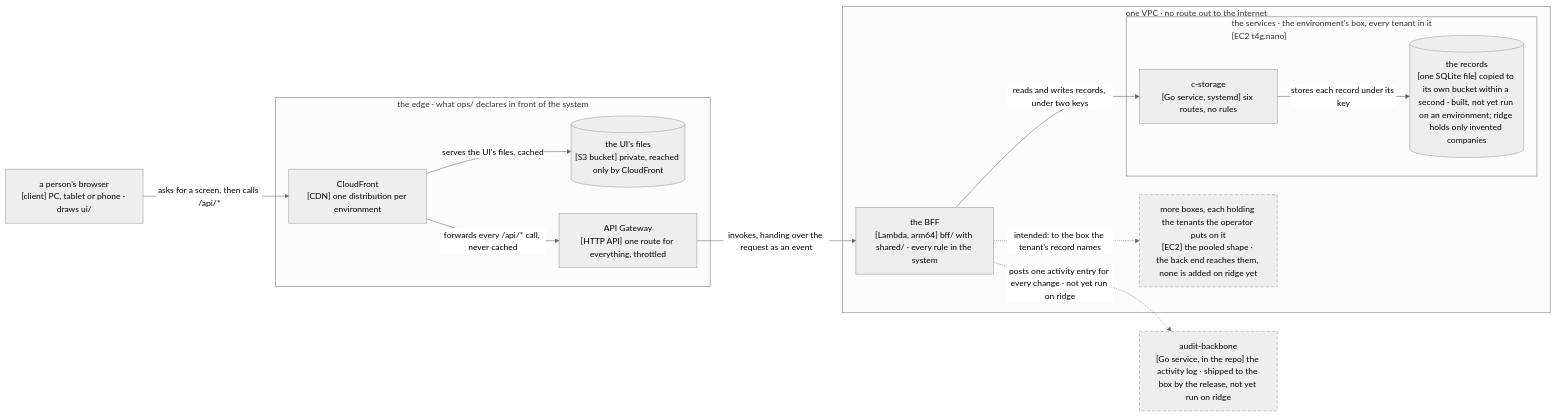
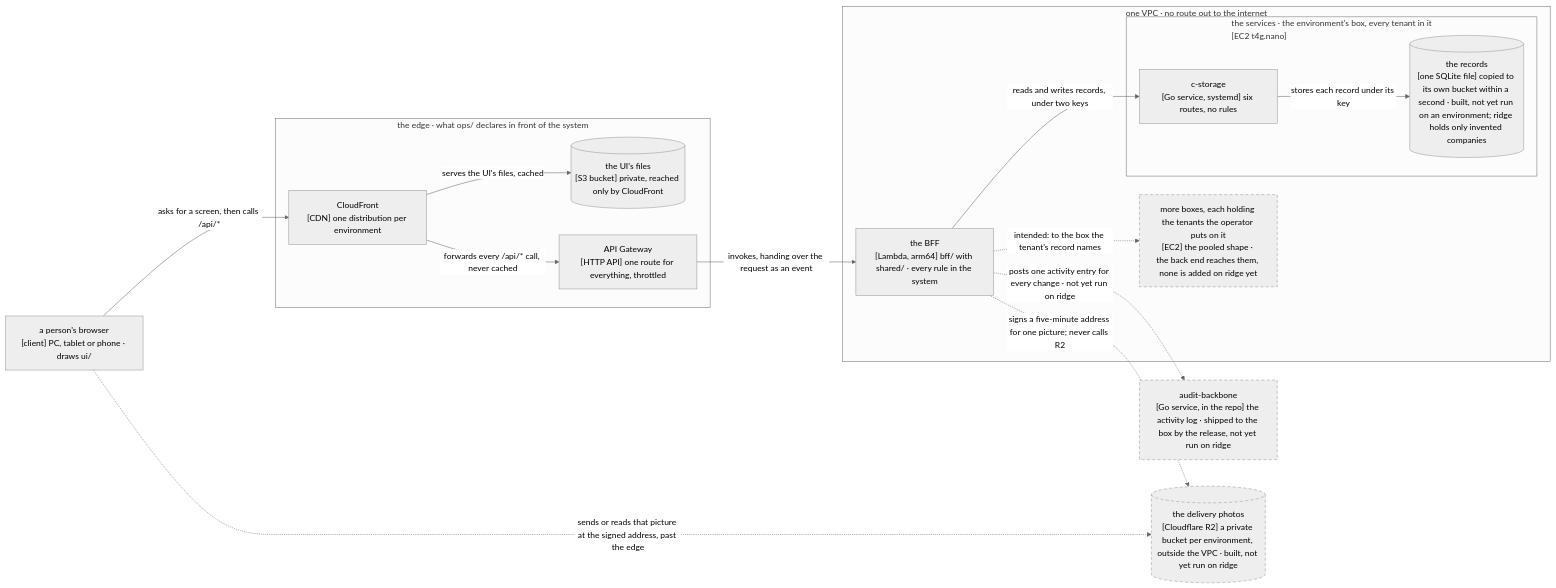
Before and after one commit to ancJ29/credo: the diagram in docs/architecture.md, drawn with Mermaid (neutral theme). The commit also changed other lines of this file and 7 other files, not shown here.

Commit message:
docs(photos): the photo store in the architecture pages, the piece's recap and its products row

````diff
--- a/docs/architecture.md
+++ b/docs/architecture.md
@@ -20,28 +20,31 @@
 ```mermaid
 flowchart LR
   browser["a person's browser<br/>[client] PC, tablet or phone · draws ui/"]
   subgraph edge["the edge · what ops/ declares in front of the system"]
     cdn["CloudFront<br/>[CDN] one distribution per environment"]
     s3[("the UI's files<br/>[S3 bucket] private, reached only by CloudFront")]
     api["API Gateway<br/>[HTTP API] one route for everything, throttled"]
   end
   subgraph vpc["one VPC · no route out to the internet"]
     bff["the BFF<br/>[Lambda, arm64] bff/ with shared/ · every rule in the system"]
     subgraph box["the services · the environment's box, every tenant in it<br/>[EC2 t4g.nano]"]
       cs["c-storage<br/>[Go service, systemd] six routes, no rules"]
       db[("the records<br/>[one SQLite file] copied to its own bucket within a second · built, not yet run on an environment; ridge holds only invented companies")]
     end
     more["more boxes, each holding the tenants the operator puts on it<br/>[EC2] the pooled shape · the back end reaches them, none is added on ridge yet"]
   end
   ab["audit-backbone<br/>[Go service, in the repo] the activity log · shipped to the box by the release, not yet run on ridge"]
+  r2[("the delivery photos<br/>[Cloudflare R2] a private bucket per environment, outside the VPC · built, not yet run on ridge")]
   browser -- "asks for a screen, then calls /api/*" --> cdn
   cdn -- "serves the UI's files, cached" --> s3
   cdn -- "forwards every /api/* call, never cached" --> api
   api -- "invokes, handing over the request as an event" --> bff
   bff -- "reads and writes records, under two keys" --> cs
   cs -- "stores each record under its key" --> db
   bff -. "posts one activity entry for every change · not yet run on ridge" .-> ab
   bff -. "intended: to the box the tenant's record names" .-> more
+  bff -. "signs a five-minute address for one picture; never calls R2" .-> r2
+  browser -. "sends or reads that picture at the signed address, past the edge" .-> r2
   classDef intended stroke-dasharray: 6 4
-  class ab,more intended
+  class ab,more,r2 intended
 ```
````
